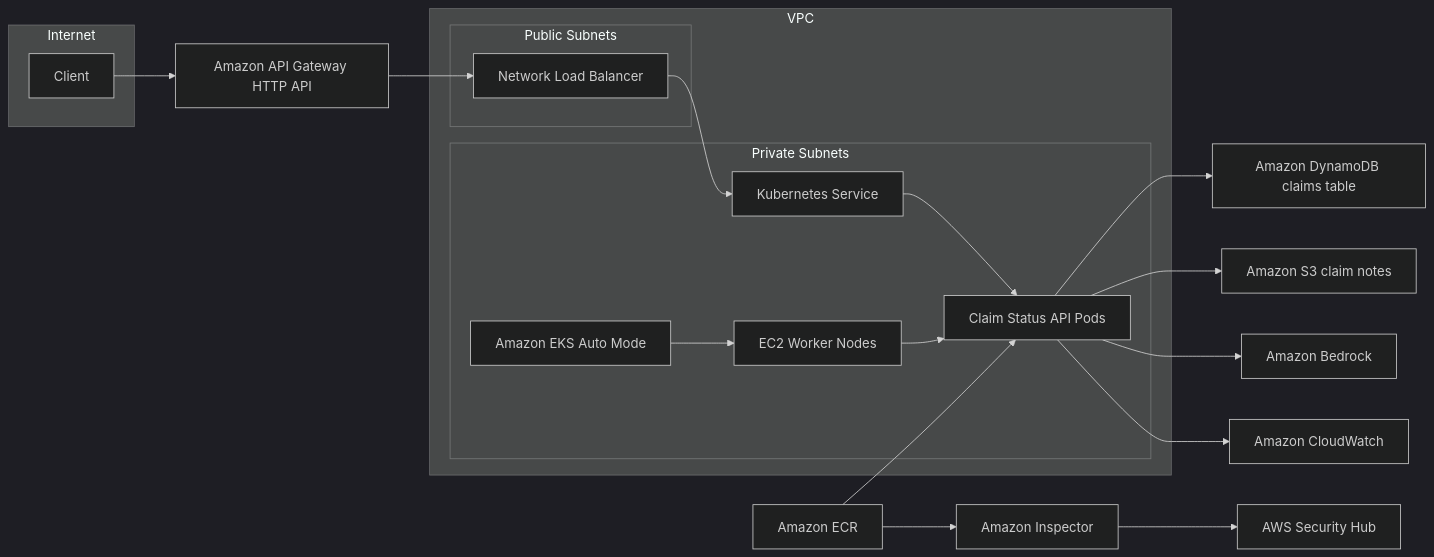
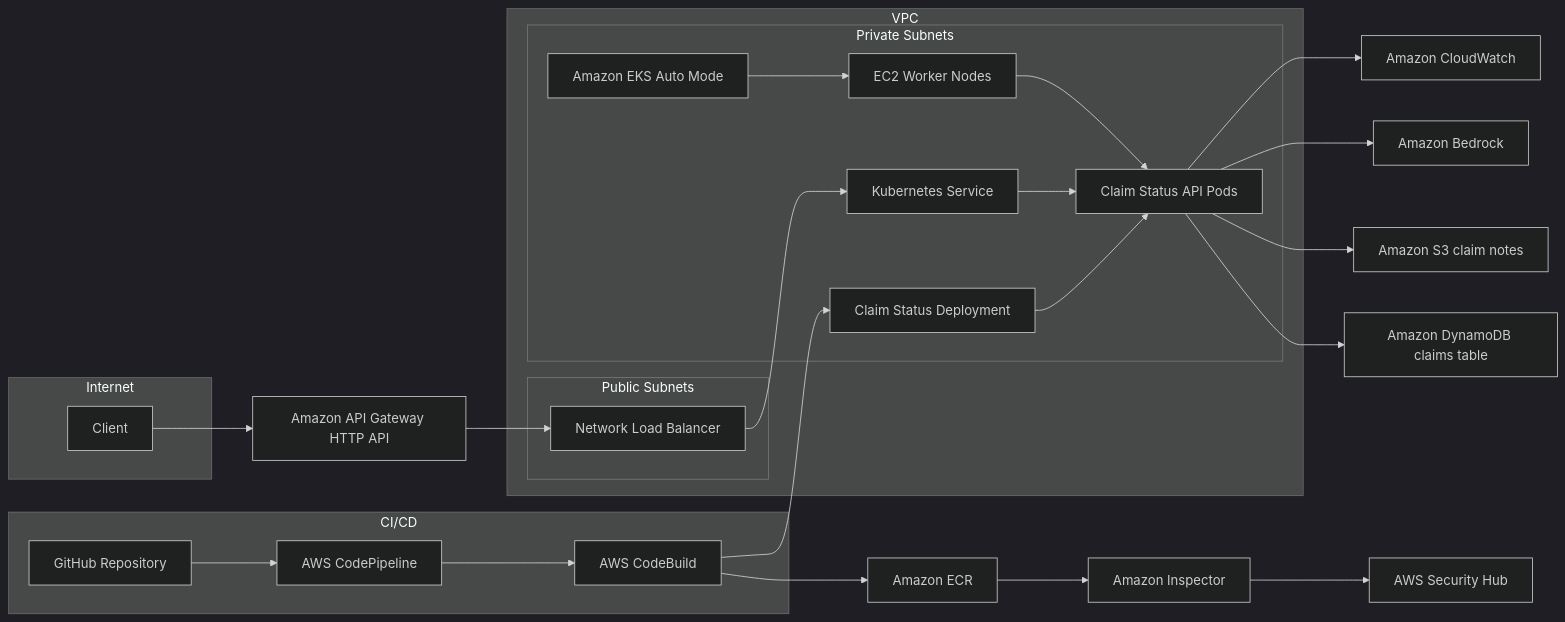
Before and after one commit to mindaugk/CNA2Introspect2: the first of 2 diagrams in README.md, drawn with Mermaid (dark theme). The commit also changed other lines of this file, not shown here.

````diff
--- a/README.md
+++ b/README.md
@@ -20,33 +20,42 @@
 ```mermaid
 flowchart LR
   subgraph Internet
     Client[Client]
+  end
+
+  subgraph CI_CD[CI/CD]
+    GitHub[GitHub Repository]
+    CP[AWS CodePipeline]
+    CB[AWS CodeBuild]
   end
 
   Client --> APIGW[Amazon API Gateway HTTP API]
 
   subgraph VPC
     subgraph PublicSubnets[Public Subnets]
       NLB[Network Load Balancer]
     end
     subgraph PrivateSubnets[Private Subnets]
       EKS[Amazon EKS Auto Mode]
       Nodes[EC2 Worker Nodes]
       Svc[Kubernetes Service]
+      Deploy[Claim Status Deployment]
       Pods[Claim Status API Pods]
     end
   end
 
   APIGW --> NLB --> Svc --> Pods
   EKS --> Nodes
+  Deploy --> Pods
   Nodes --> Pods
 
   Pods --> DDB[Amazon DynamoDB claims table]
   Pods --> S3[Amazon S3 claim notes]
   Pods --> Bedrock[Amazon Bedrock]
   Pods --> CW[Amazon CloudWatch]
 
-  ECR[Amazon ECR] --> Pods
+  GitHub --> CP --> CB --> ECR[Amazon ECR]
+  CB --> Deploy
   ECR --> Inspector[Amazon Inspector]
   Inspector --> SecurityHub[AWS Security Hub]
 ```
````
